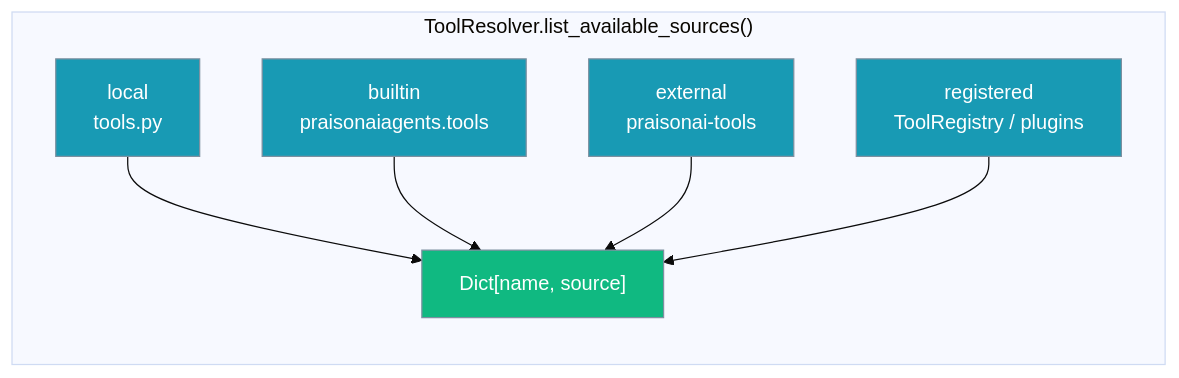
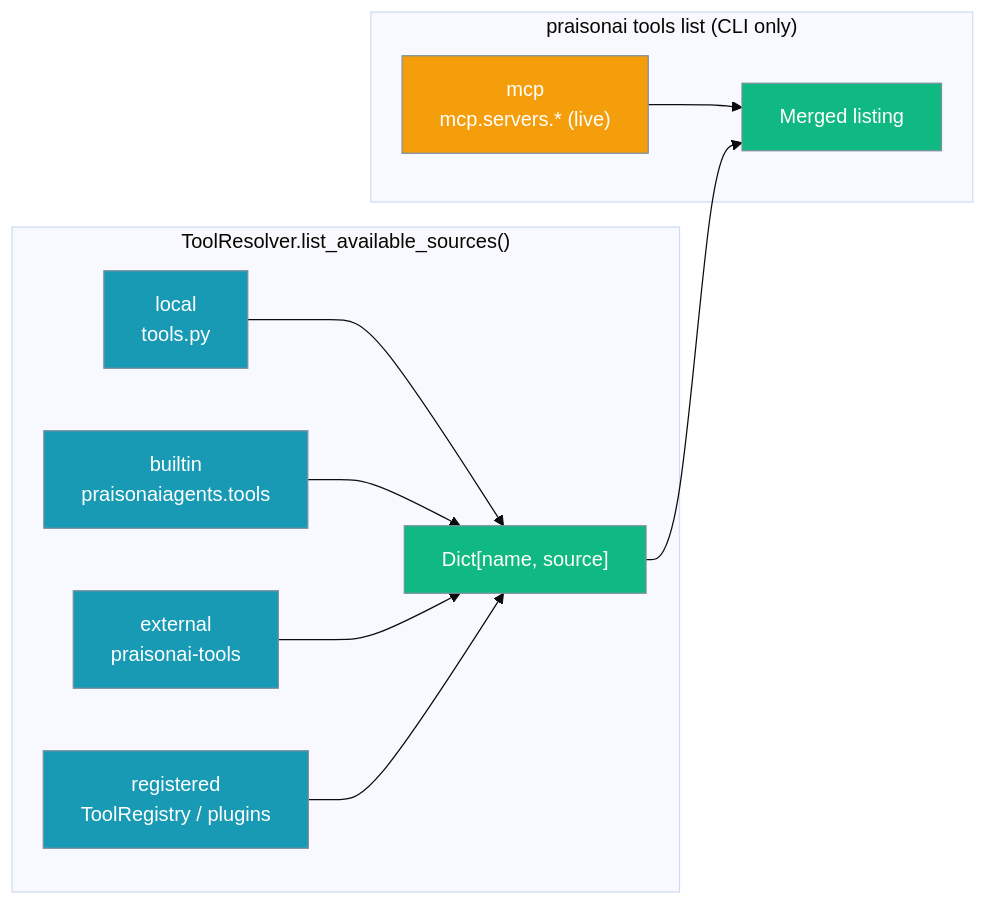
The diagram in docs/cli/tools-discover.mdx (MervinPraison/PraisonAIDocs), drawn with Mermaid (base theme) before and after one commit. The commit also changed other lines of this file and 2 other files, not shown here.

Commit message:
docs: document new mcp source in praisonai tools list (fixes #2767)

````diff
--- a/docs/cli/tools-discover.mdx
+++ b/docs/cli/tools-discover.mdx
@@ -87,15 +95,23 @@
 ```mermaid
 graph LR
-    subgraph "ToolResolver.list_available_sources()"
+    subgraph Resolver["ToolResolver.list_available_sources()"]
         A["local\ntools.py"] --> OUT["Dict[name, source]"]
         B["builtin\npraisonaiagents.tools"] --> OUT
         C["external\npraisonai-tools"] --> OUT
         D["registered\nToolRegistry / plugins"] --> OUT
     end
 
+    subgraph CLI["praisonai tools list (CLI only)"]
+        M["mcp\nmcp.servers.* (live)"] --> LIST["Merged listing"]
+    end
+
+    OUT --> LIST
+
     classDef source fill:#189AB4,stroke:#7C90A0,color:#fff
+    classDef cli fill:#F59E0B,stroke:#7C90A0,color:#fff
     classDef output fill:#10B981,stroke:#7C90A0,color:#fff
 
     class A,B,C,D source
-    class OUT output
+    class M cli
+    class OUT,LIST output
 ```
````
